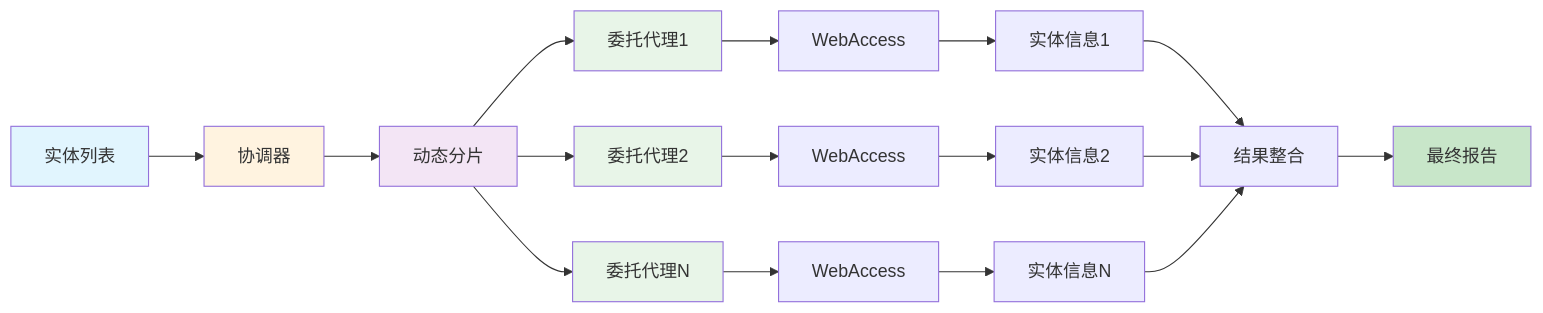
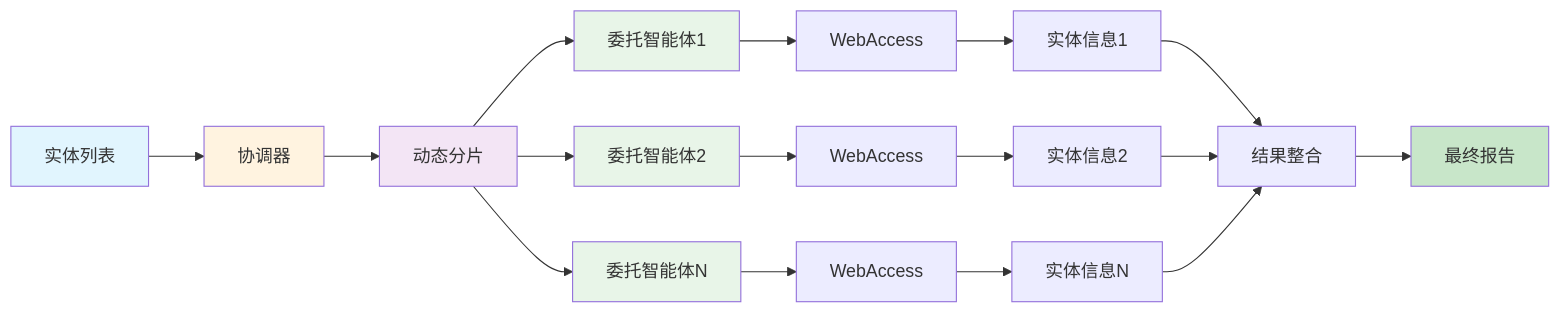
One commit to justinzm/agentic_workflow_case changed the fourth of 4 diagrams in README.md. Above: the diagram before and after it, drawn with Mermaid. The commit also changed other lines of this file and 13 other files, not shown here.

````diff
--- a/README.md
+++ b/README.md
@@ -212,29 +307,29 @@
 ```mermaid
 graph LR
     A[实体列表] --> B[协调器]
     B --> C[动态分片]
-    C --> D[委托代理1]
-    C --> E[委托代理2]
-    C --> F[委托代理N]
+    C --> D[委托智能体1]
+    C --> E[委托智能体2]
+    C --> F[委托智能体N]
 
     D --> G[WebAccess]
     E --> H[WebAccess]
     F --> I[WebAccess]
 
     G --> J[实体信息1]
     H --> K[实体信息2]
     I --> L[实体信息N]
 
     J --> M[结果整合]
     K --> M
     L --> M
     M --> N[最终报告]
 
     style A fill:#e1f5fe
     style N fill:#c8e6c9
     style B fill:#fff3e0
     style C fill:#f3e5f5
     style D fill:#e8f5e8
     style E fill:#e8f5e8
     style F fill:#e8f5e8
 ```
````
